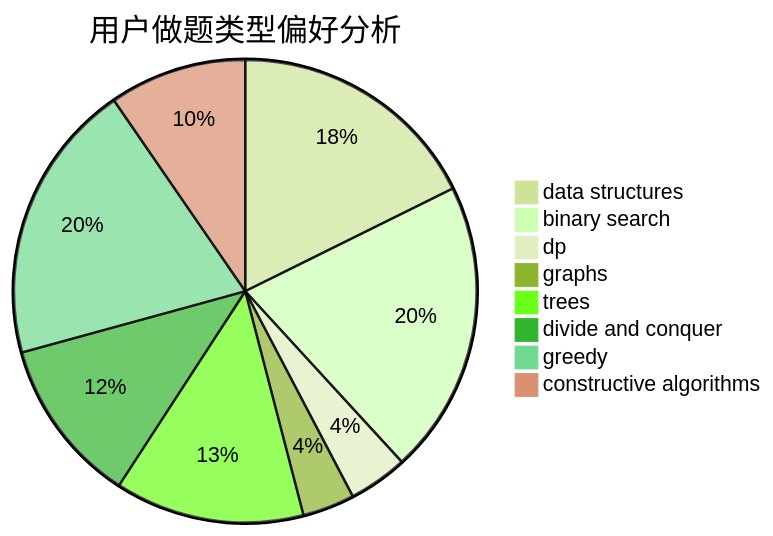
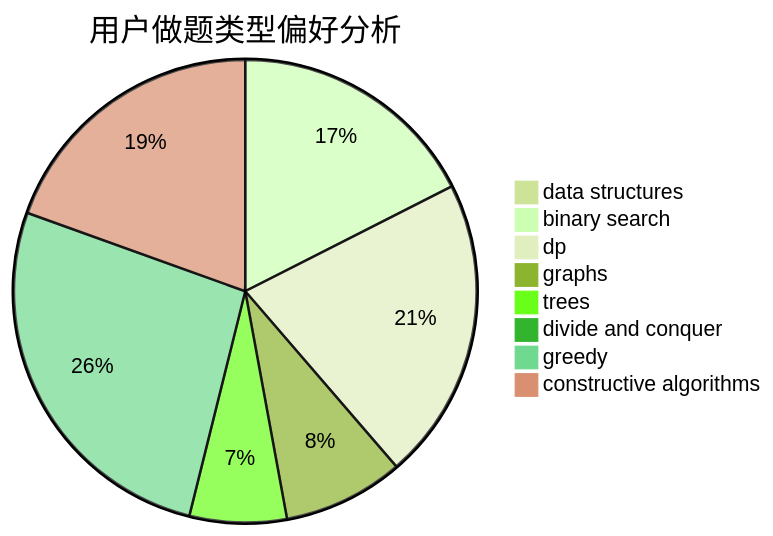
The second of 3 diagrams in docs/user/u374.md (sherpahu/cfrs.github.io), drawn with Mermaid (forest theme) before and after one commit. The commit also changed other lines of this file and 2770 other files, not shown here.

````diff
--- a/docs/user/u374.md
+++ b/docs/user/u374.md
@@ -23,11 +23,11 @@
 ```mermaid
 pie title 用户做题类型偏好分析
-    "data structures" :  107
-    "binary search" :  124
-    "dp" :  25
-    "graphs" :  22
-    "trees" :  80
-    "divide and conquer" :  70
-    "greedy" :  119
-    "constructive algorithms" :  58
+    "data structures" :  6
+    "binary search" :  106
+    "dp" :  128
+    "graphs" :  51
+    "trees" :  41
+    "divide and conquer" :  0
+    "greedy" :  161
+    "constructive algorithms" :  118
 ```
````
